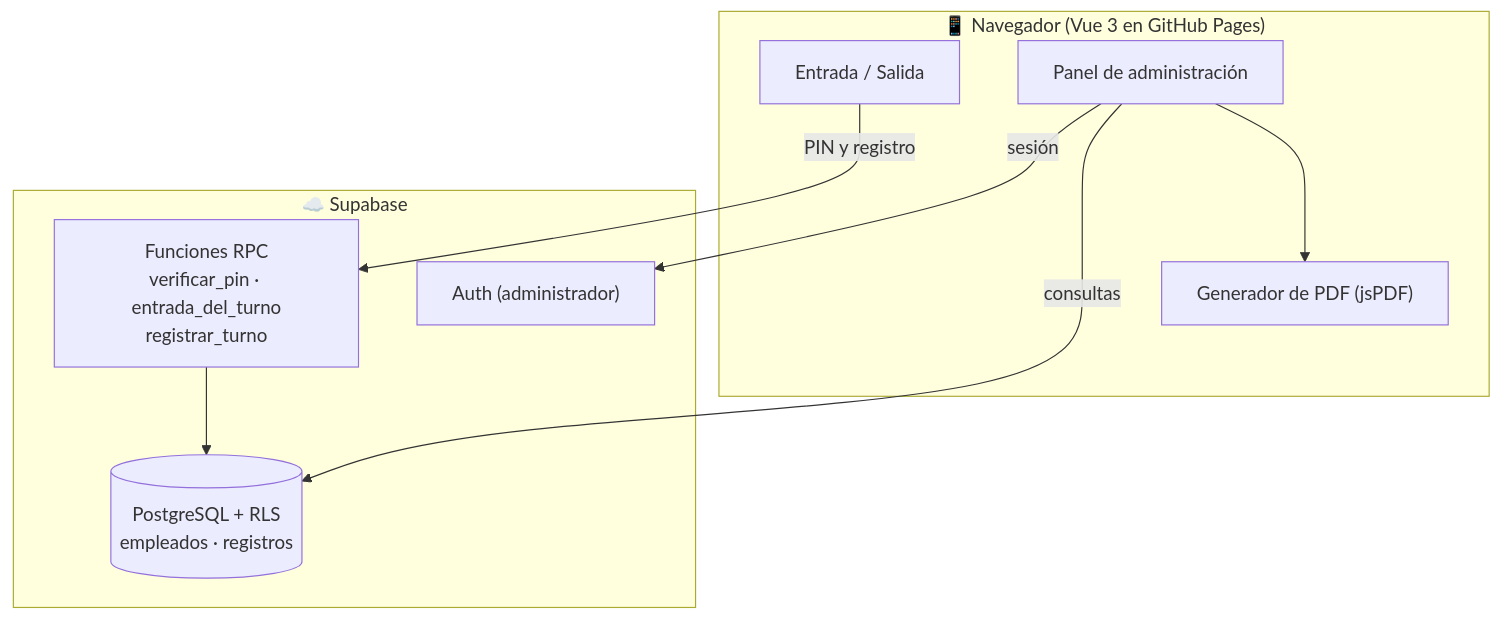
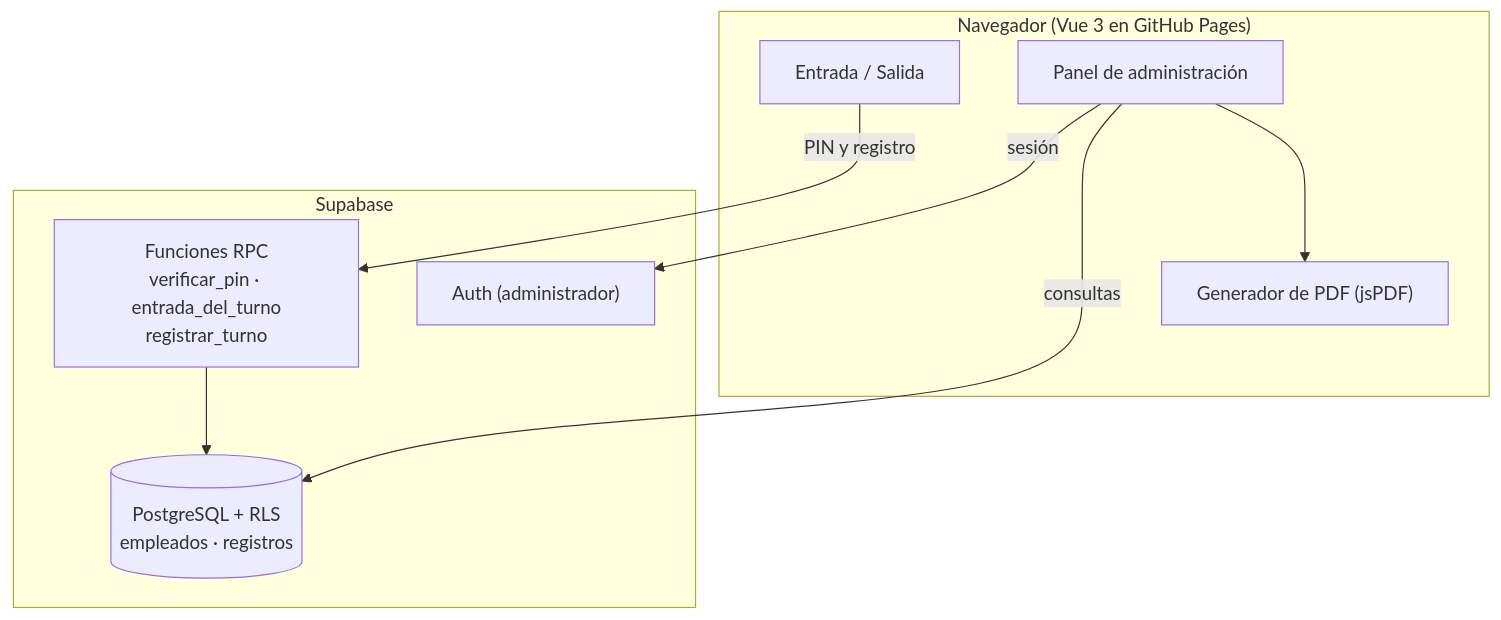
Before and after one commit to Figueira205/Domi-QR: the second of 2 diagrams in README.md, drawn with Mermaid. The commit also changed other lines of this file, not shown here.

First line of the commit message:
Remove emojis from README headings and flowcharts

````diff
--- a/README.md
+++ b/README.md
@@ -181,20 +181,20 @@
 ```mermaid
 flowchart TB
-    subgraph Navegador["📱 Navegador (Vue 3 en GitHub Pages)"]
+    subgraph Navegador[" Navegador (Vue 3 en GitHub Pages)"]
         E["Entrada / Salida"]
         A["Panel de administración"]
         P["Generador de PDF (jsPDF)"]
     end
 
-    subgraph Supabase["☁️ Supabase"]
+    subgraph Supabase[" Supabase"]
         R["Funciones RPC<br/>verificar_pin · entrada_del_turno<br/>registrar_turno"]
         AU["Auth (administrador)"]
         DB[("PostgreSQL + RLS<br/>empleados · registros")]
     end
 
     E -->|PIN y registro| R
     A -->|sesión| AU
     A -->|consultas| DB
     R --> DB
     A --> P
 ```
````
